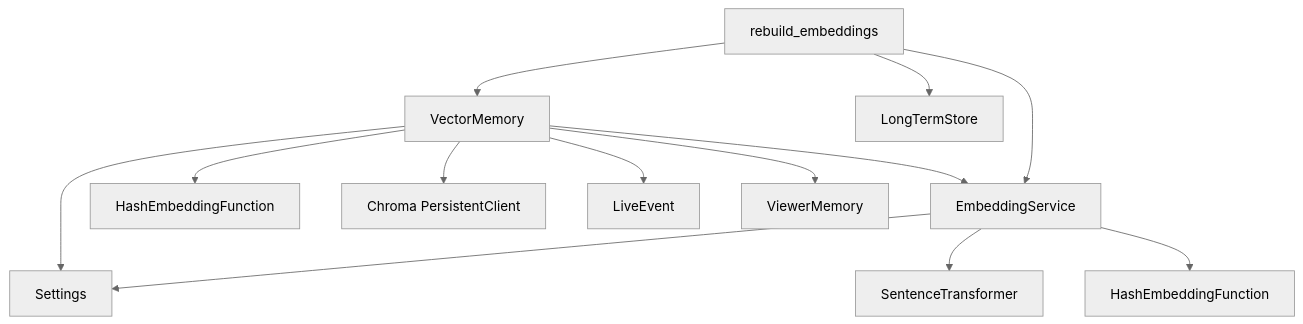
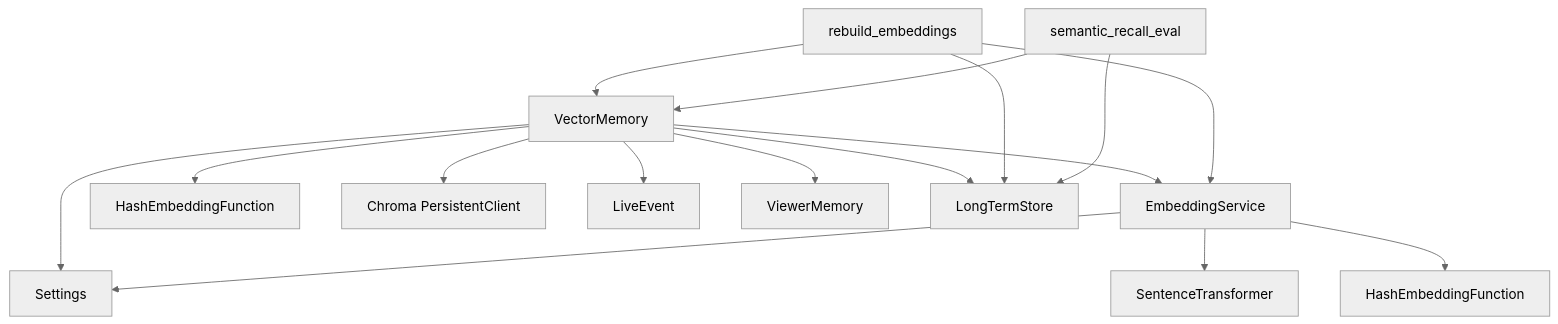
The eighth of 8 diagrams in .qoder/repowiki/zh/content/后端服务/内存管理系统/向量存储管理.md (Moon-Force/DouYin_llm), drawn with Mermaid (neutral theme) before and after one commit. The commit also changed other lines of this file and 17 other files, not shown here.

````diff
--- a/.qoder/repowiki/zh/content/后端服务/内存管理系统/向量存储管理.md
+++ b/.qoder/repowiki/zh/content/后端服务/内存管理系统/向量存储管理.md
@@ -308,15 +420,18 @@
 ```mermaid
 graph TB
 VM["VectorMemory"] --> CFG["Settings"]
 VM --> ES["EmbeddingService"]
 VM --> HEF["HashEmbeddingFunction"]
 VM --> CH["Chroma PersistentClient"]
 VM --> LE["LiveEvent"]
 VM --> VMem["ViewerMemory"]
+VM --> LTS["LongTermStore"]
 ES --> CFG
 ES --> ST["SentenceTransformer"]
 ES --> HF["HashEmbeddingFunction"]
-REB["rebuild_embeddings"] --> LTS["LongTermStore"]
+REB["rebuild_embeddings"] --> LTS
 REB --> ES
 REB --> VM
+SE["semantic_recall_eval"] --> LTS
+SE --> VM
 ```
````
